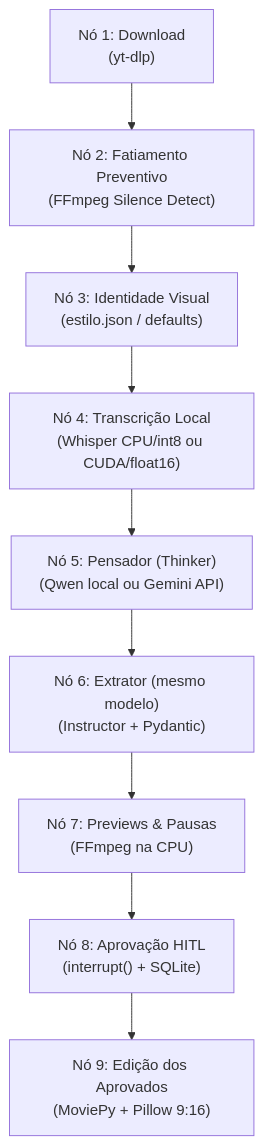
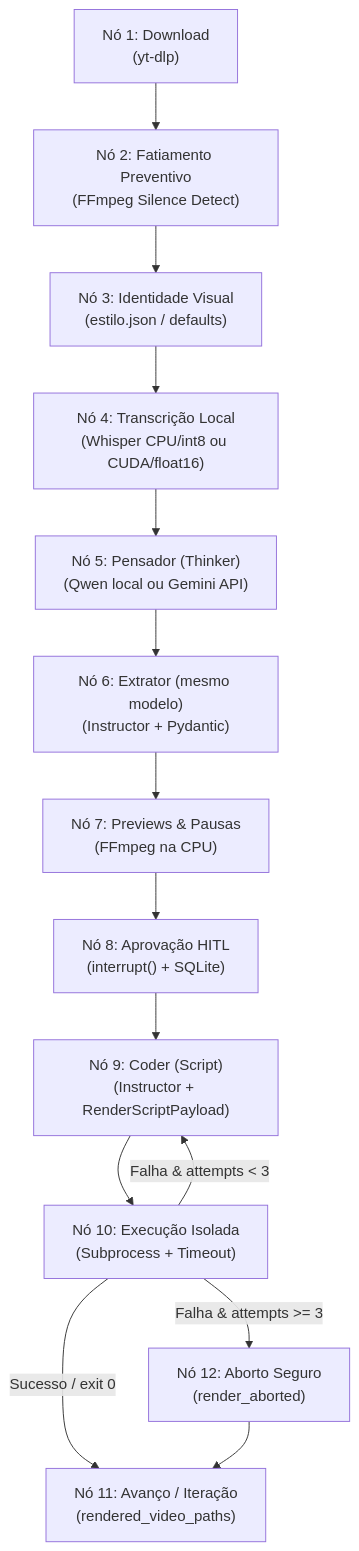
The diagram in AGENTS.md (SegantinDavi/agent-clipper), drawn with Mermaid before and after one commit. The commit also changed other lines of this file and 7 other files, not shown here.

````diff
--- a/AGENTS.md
+++ b/AGENTS.md
@@ -123,12 +124,17 @@
 ```mermaid
 graph TD
     Z["Nó 1: Download<br>(yt-dlp)"] --> A["Nó 2: Fatiamento Preventivo<br>(FFmpeg Silence Detect)"]
     A --> S["Nó 3: Identidade Visual<br>(estilo.json / defaults)"]
     S --> B["Nó 4: Transcrição Local<br>(Whisper CPU/int8 ou CUDA/float16)"]
     B --> C["Nó 5: Pensador (Thinker)<br>(Qwen local ou Gemini API)"]
     C --> D["Nó 6: Extrator (mesmo modelo)<br>(Instructor + Pydantic)"]
     D --> E["Nó 7: Previews & Pausas<br>(FFmpeg na CPU)"]
     E --> F["Nó 8: Aprovação HITL<br>(interrupt() + SQLite)"]
-    F --> G["Nó 9: Edição dos Aprovados<br>(MoviePy + Pillow 9:16)"]
+    F --> G["Nó 9: Coder (Script)<br>(Instructor + RenderScriptPayload)"]
+    G --> H["Nó 10: Execução Isolada<br>(Subprocess + Timeout)"]
+    H -->|Sucesso / exit 0| I["Nó 11: Avanço / Iteração<br>(rendered_video_paths)"]
+    H -->|Falha & attempts < 3| G
+    H -->|Falha & attempts >= 3| J["Nó 12: Aborto Seguro<br>(render_aborted)"]
+    J --> I
 
 ```
````
